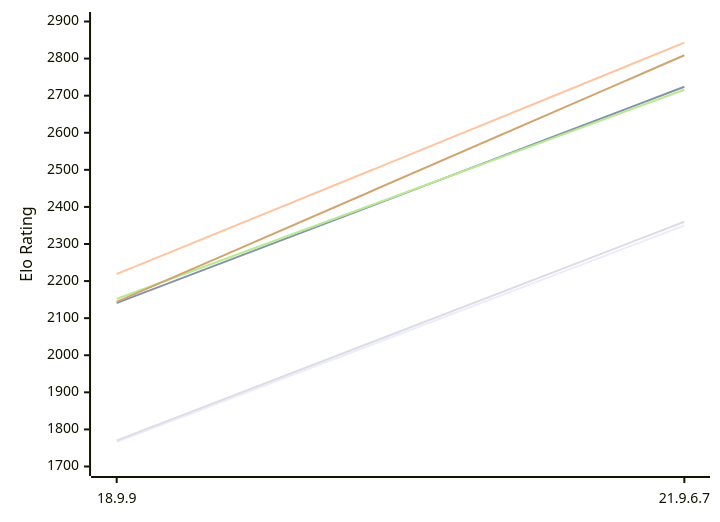
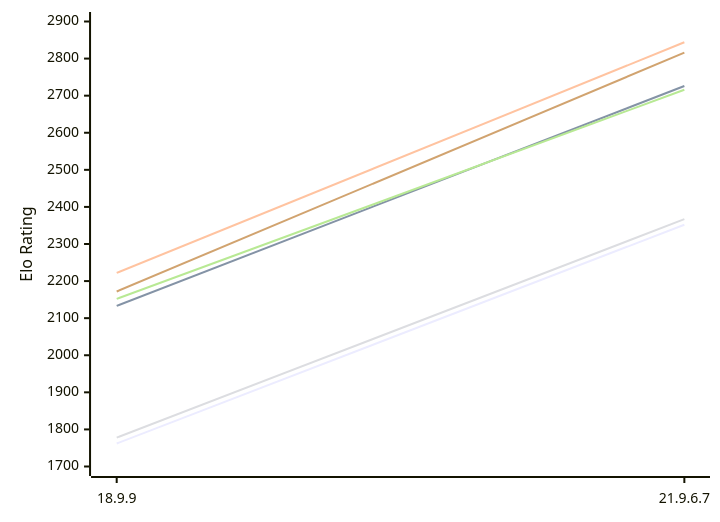
The diagram in engines/RuthIron.md (computer-chess-index/cci), drawn with Mermaid before and after one commit. The commit also changed other lines of this file, not shown here.

Commit message:
Update CCI Ratings (ELO VLTC) - 2026-11-17

````diff
--- a/engines/RuthIron.md
+++ b/engines/RuthIron.md
@@ -49,12 +49,12 @@
 ```mermaid
 %%{init: {"theme":"base","themeVariables":{"seriesColors:['#a3a3a3','#222221','#faa371']}}}%%
 xychart-beta
   x-axis ["18.9.9", "21.9.6.7"]
   y-axis "Elo Rating" 1700 --> 2900
-  line "E1: STC (8.0+0.08s)" [1766, 2350]
-  line "E1: LTC (60.0+0.60s)" [2141, 2724]
-  line "E1: VLTC (2m24s+1.12s)" [2219, 2843]
-  line "P1: STC (8.0+0.08s)" [1770, 2360]
+  line "E1: STC (8.0+0.08s)" [1762, 2352]
+  line "E1: LTC (60.0+0.60s)" [2133, 2726]
+  line "E1: VLTC (2m24s+1.12s)" [2222, 2844]
+  line "P1: STC (8.0+0.08s)" [1778, 2367]
   line "P1: LTC (60.0+0.60s)" [2152, 2716]
-  line "P1: VLTC (2m24s+1.12s)" [2144, 2809]
+  line "P1: VLTC (2m24s+1.12s)" [2172, 2816]
 ```
````
